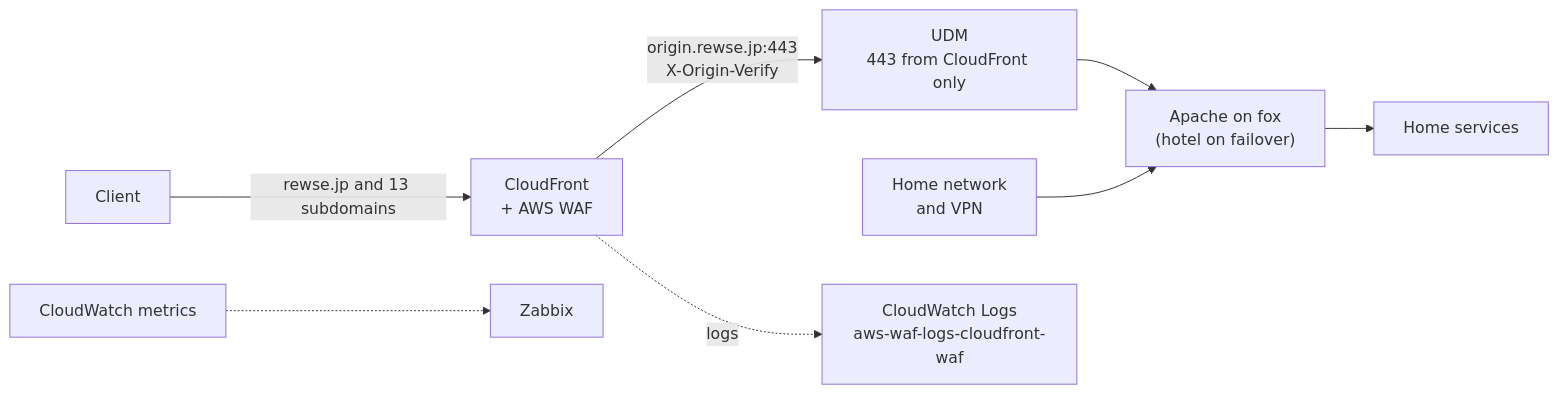
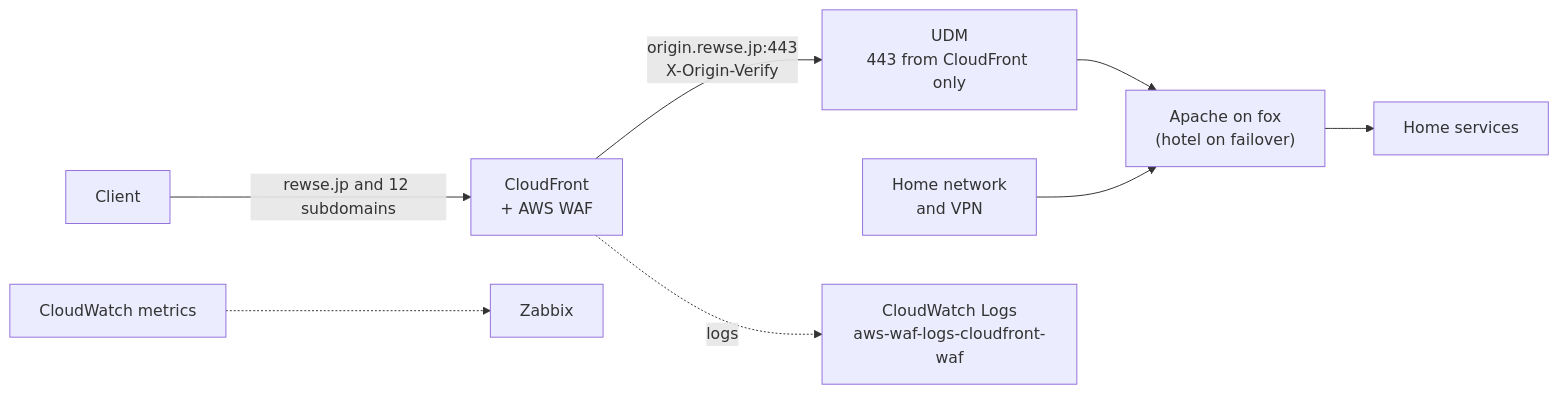
The diagram in README.md (rewse/cloudfront-waf), drawn with Mermaid before and after one commit. The commit also changed other lines of this file and 5 other files, not shown here.

````diff
--- a/README.md
+++ b/README.md
@@ -7,10 +7,10 @@
 ```mermaid
 flowchart LR
-  client[Client] -->|"rewse.jp and 13 subdomains"| cf["CloudFront<br/>+ AWS WAF"]
+  client[Client] -->|"rewse.jp and 12 subdomains"| cf["CloudFront<br/>+ AWS WAF"]
   cf -->|"origin.rewse.jp:443<br/>X-Origin-Verify"| udm["UDM<br/>443 from CloudFront only"]
   udm --> apache["Apache on fox<br/>(hotel on failover)"]
   apache --> apps[Home services]
   home["Home network<br/>and VPN"] --> apache
   cf -.->|logs| logs["CloudWatch Logs<br/>aws-waf-logs-cloudfront-waf"]
   cw[CloudWatch metrics] -.-> zabbix[Zabbix]
 ```
````
